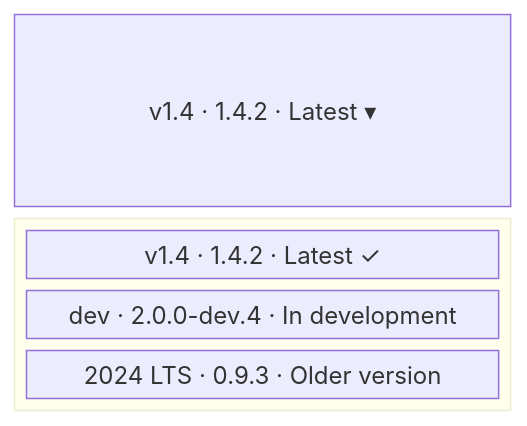
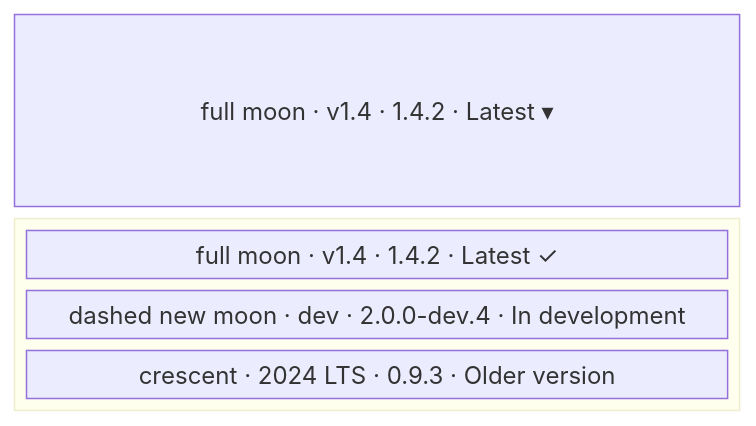
One commit to nepal-dev-com/docs.nepal-dev.com changed the fifth of 8 diagrams in content/docs/maintain/app-flow/site-pages.mdx. Above: the diagram before and after it, drawn with Mermaid. The commit also changed other lines of this file and 63 other files, not shown here.

````diff
--- a/content/docs/maintain/app-flow/site-pages.mdx
+++ b/content/docs/maintain/app-flow/site-pages.mdx
@@ -165,11 +173,11 @@
 ```mermaid
 block-beta
   columns 4
-  cur["v1.4 · 1.4.2 · Latest ▾"]:4
+  cur["full moon · v1.4 · 1.4.2 · Latest ▾"]:4
   block:opts:4
     columns 4
-    o1["v1.4 · 1.4.2 · Latest ✓"]:4
-    o2["dev · 2.0.0-dev.4 · In development"]:4
-    o3["2024 LTS · 0.9.3 · Older version"]:4
+    o1["full moon · v1.4 · 1.4.2 · Latest ✓"]:4
+    o2["dashed new moon · dev · 2.0.0-dev.4 · In development"]:4
+    o3["crescent · 2024 LTS · 0.9.3 · Older version"]:4
   end
 ```
````
